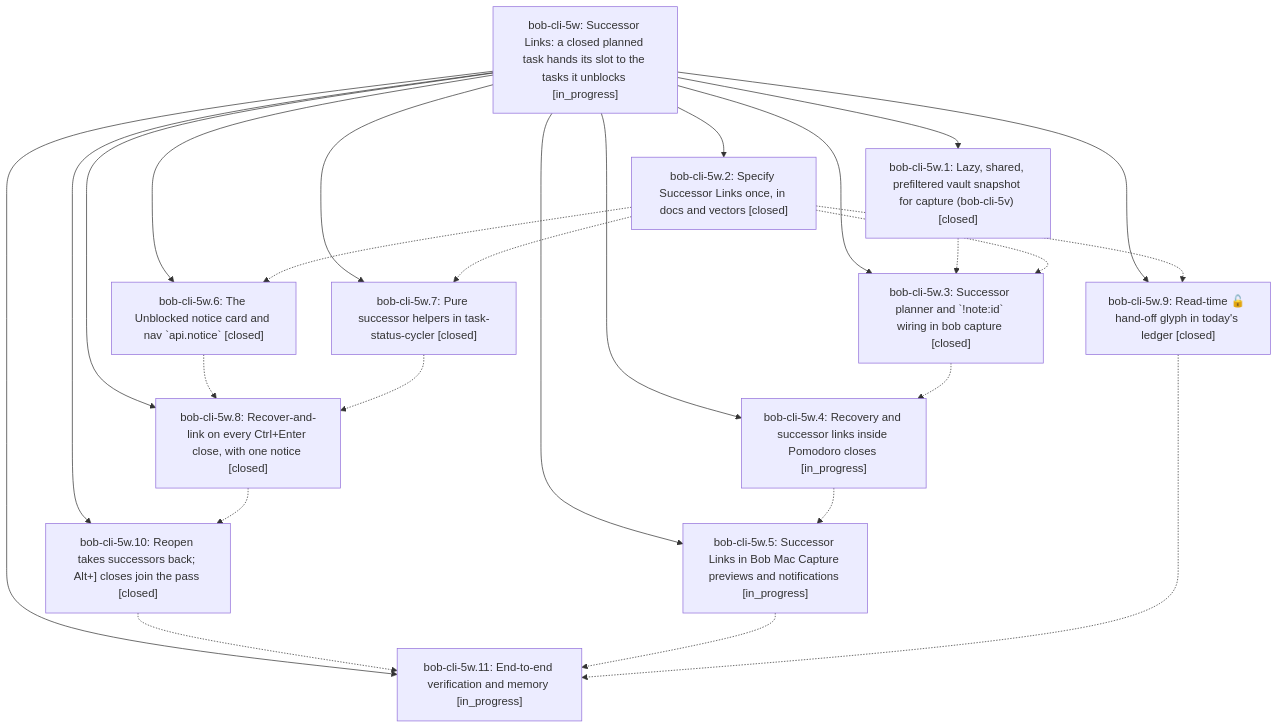
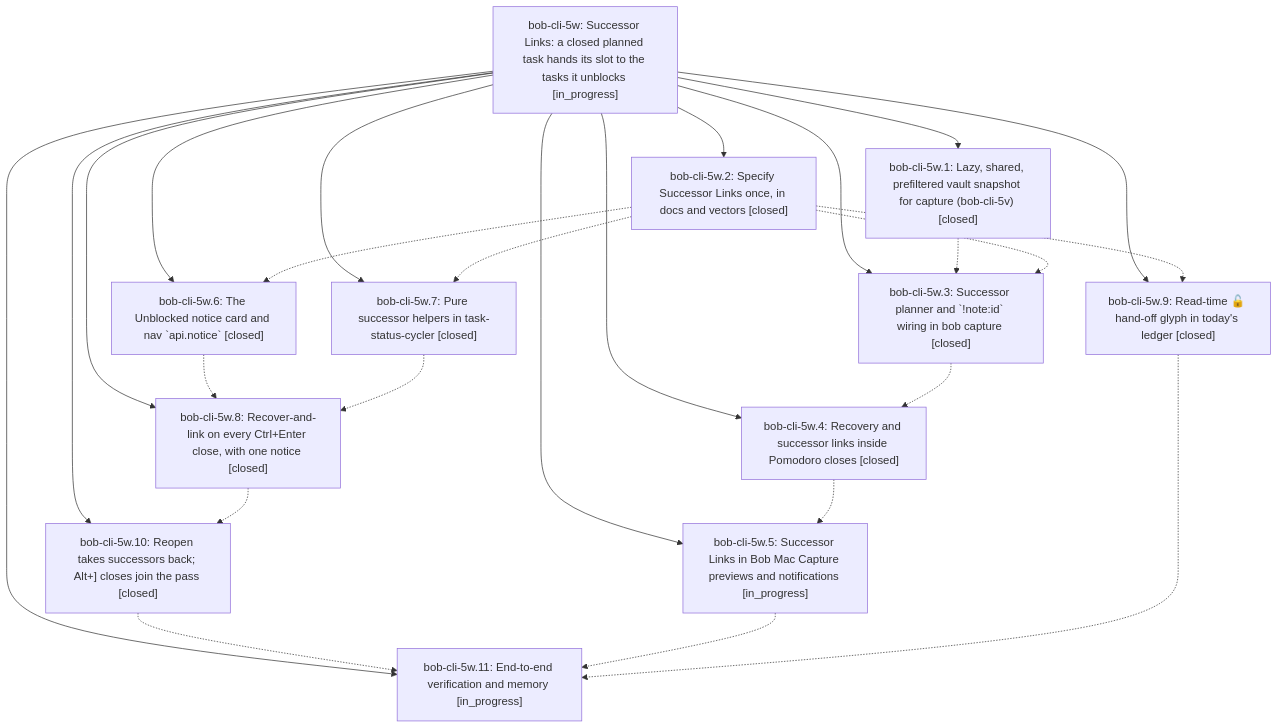
Before and after one commit to bobs-org/bob-cli--beads: the diagram in pages/bob-cli-5w/README.md, drawn with Mermaid. The commit also changed other lines of this file and 8 other files, not shown here.

First line of the commit message:
chore(beads): sync bead state and pages for bob-cli-5w

````diff
--- a/pages/bob-cli-5w/README.md
+++ b/pages/bob-cli-5w/README.md
@@ -46,39 +46,39 @@
 ```mermaid
 flowchart TD
     n0["bob-cli-5w: Successor Links: a closed planned task hands its slot to the tasks it unblocks [in_progress]"]
     n1["bob-cli-5w.1: Lazy, shared, prefiltered vault snapshot for capture (bob-cli-5v) [closed]"]
     n2["bob-cli-5w.10: Reopen takes successors back; Alt+] closes join the pass [closed]"]
     n3["bob-cli-5w.11: End-to-end verification and memory [in_progress]"]
     n4["bob-cli-5w.2: Specify Successor Links once, in docs and vectors [closed]"]
     n5["bob-cli-5w.3: Successor planner and `!note:id` wiring in bob capture [closed]"]
-    n6["bob-cli-5w.4: Recovery and successor links inside Pomodoro closes [in_progress]"]
+    n6["bob-cli-5w.4: Recovery and successor links inside Pomodoro closes [closed]"]
     n7["bob-cli-5w.5: Successor Links in Bob Mac Capture previews and notifications [in_progress]"]
     n8["bob-cli-5w.6: The Unblocked notice card and nav `api.notice` [closed]"]
     n9["bob-cli-5w.7: Pure successor helpers in task-status-cycler [closed]"]
     n10["bob-cli-5w.8: Recover-and-link on every Ctrl+Enter close, with one notice [closed]"]
     n11["bob-cli-5w.9: Read-time 🔓 hand-off glyph in today's ledger [closed]"]
     n0 --> n1
     n0 --> n2
     n0 --> n3
     n0 --> n4
     n0 --> n5
     n0 --> n6
     n0 --> n7
     n0 --> n8
     n0 --> n9
     n0 --> n10
     n0 --> n11
     n1 -.-> n5
     n2 -.-> n3
     n4 -.-> n5
     n4 -.-> n8
     n4 -.-> n9
     n4 -.-> n11
     n5 -.-> n6
     n6 -.-> n7
     n7 -.-> n3
     n8 -.-> n10
     n9 -.-> n10
     n10 -.-> n2
     n11 -.-> n3
 ```
````
